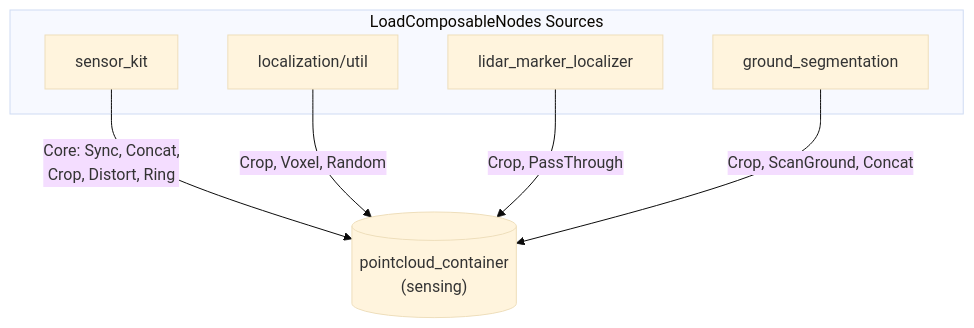
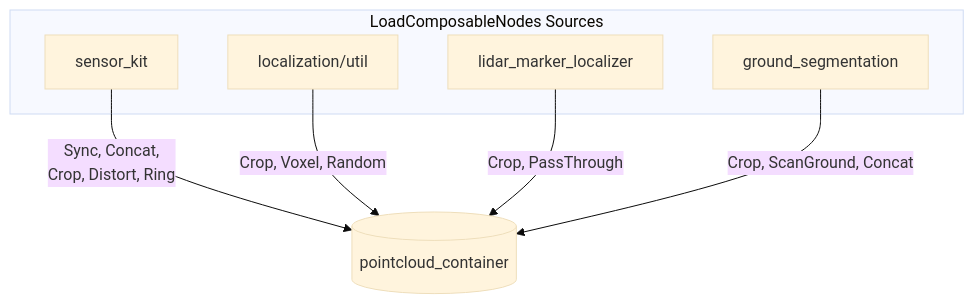
Before and after one commit to youtalk/autoware_universe: diagram 13 of 20 in docs/launch-architecture.md, drawn with Mermaid (base theme). The commit also changed other lines of this file, not shown here.

````diff
--- a/docs/launch-architecture.md
+++ b/docs/launch-architecture.md
@@ -277,16 +298,16 @@
 ```mermaid
 graph TB
-    PC[("pointcloud_container<br/>(sensing)")]
+    PC[("pointcloud_container")]
 
     subgraph loaders["LoadComposableNodes Sources"]
         L1[sensor_kit]
         L2[localization/util]
         L3[lidar_marker_localizer]
         L4[ground_segmentation]
     end
 
-    L1 -->|"Core: Sync, Concat,<br/>Crop, Distort, Ring"| PC
+    L1 -->|"Sync, Concat,<br/>Crop, Distort, Ring"| PC
     L2 -->|"Crop, Voxel, Random"| PC
     L3 -->|"Crop, PassThrough"| PC
     L4 -->|"Crop, ScanGround, Concat"| PC
 ```
````
